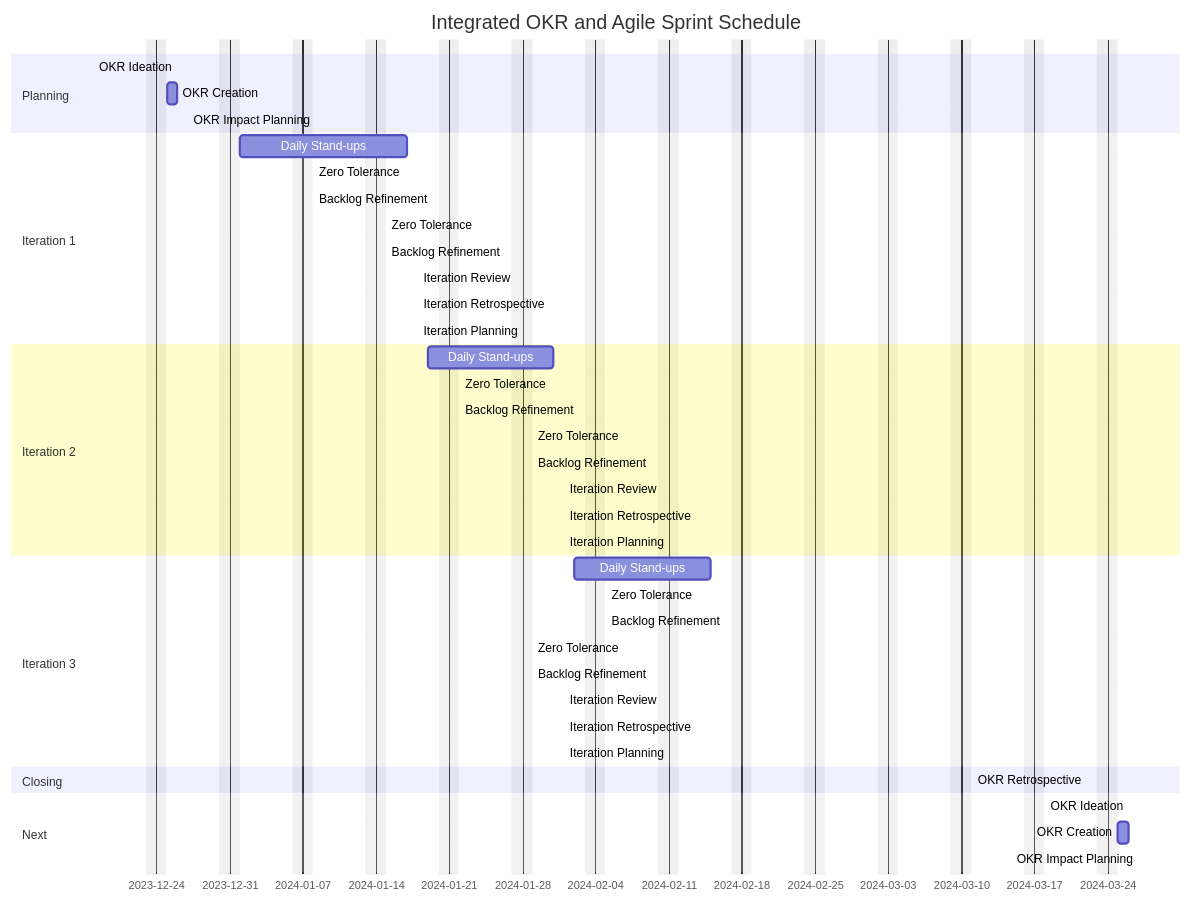
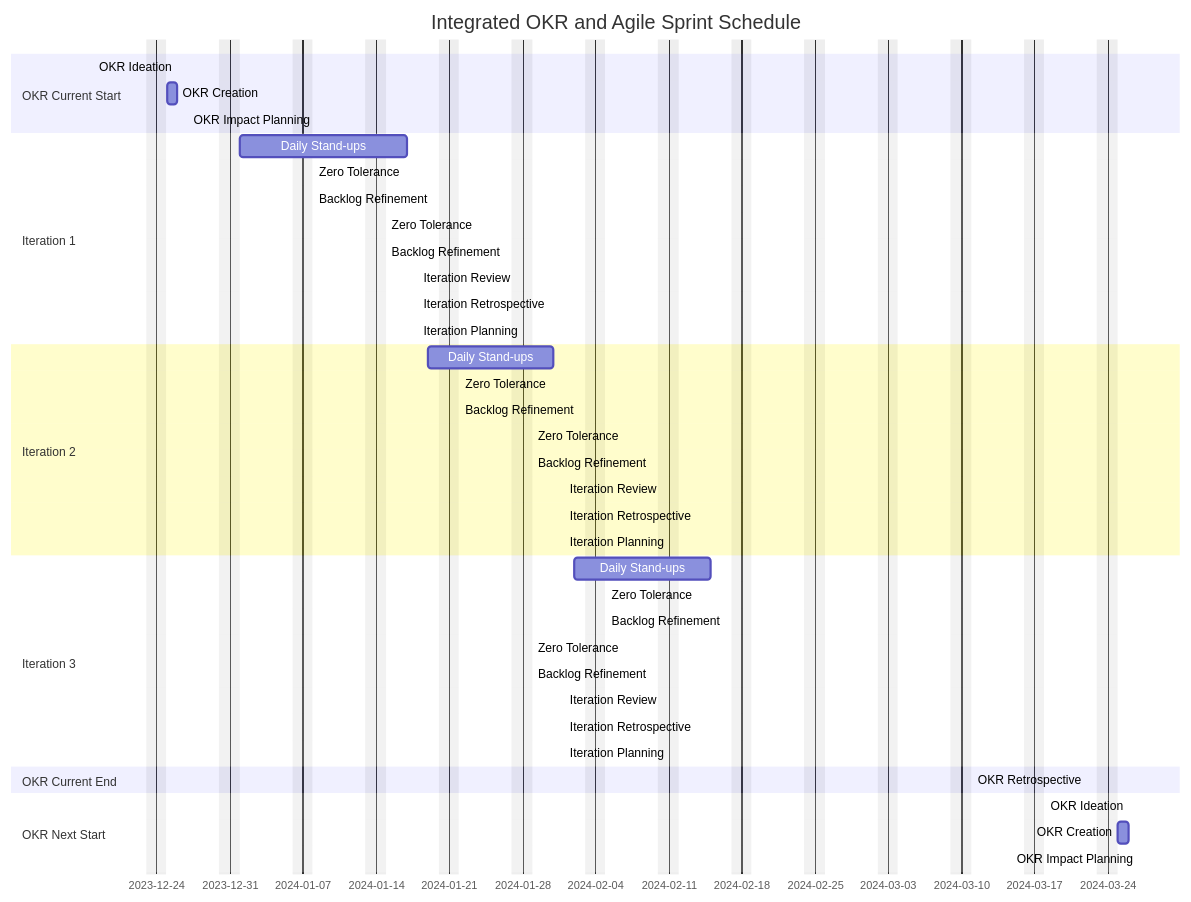
Before and after one commit to hungovercoders-blog/datagriff: the diagram in docs/_posts/2024-02-24-okr-agile-cycles/2024-02-24-okr-agile-cycles.md, drawn with Mermaid. The commit also changed other lines of this file, not shown here.

````diff
--- a/docs/_posts/2024-02-24-okr-agile-cycles/2024-02-24-okr-agile-cycles.md
+++ b/docs/_posts/2024-02-24-okr-agile-cycles/2024-02-24-okr-agile-cycles.md
@@ -71,49 +100,49 @@
 ```mermaid!
 gantt
 title Integrated OKR and Agile Sprint Schedule
 dateFormat  YYYY-MM-DD
 excludes weekends
 
-section Planning
+section OKR Current Start
 OKR Ideation: 2023-12-18, 2023-12-18
 OKR Creation: 2023-12-25, 2023-12-26
 OKR Impact Planning: 2023-12-27, 2023-12-27
 
 section Iteration 1
 Daily Stand-ups: 2024-01-01, 2024-01-17
 Zero Tolerance: 2024-01-08, 2024-01-08
 Backlog Refinement: 2024-01-08, 2024-01-08
 Zero Tolerance: 2024-01-15, 2024-01-15
 Backlog Refinement: 2024-01-15, 2024-01-15
 Iteration Review: 2024-01-18, 2024-01-18
 Iteration Retrospective: 2024-01-18, 2024-01-18
 Iteration Planning: 2024-01-18, 2024-01-18
 
 section Iteration 2
 Daily Stand-ups: 2024-01-19, 2024-01-31
 Zero Tolerance: 2024-01-22, 2024-01-22
 Backlog Refinement: 2024-01-22, 2024-01-22
 Zero Tolerance: 2024-01-29, 2024-01-29
 Backlog Refinement: 2024-01-29, 2024-01-29
 Iteration Review: 2024-02-01, 2024-02-01
 Iteration Retrospective: 2024-02-01, 2024-02-01
 Iteration Planning: 2024-02-01, 2024-02-01
 
 section Iteration 3
 Daily Stand-ups: 2024-02-02, 2024-02-15
 Zero Tolerance: 2024-02-05, 2024-02-05
 Backlog Refinement: 2024-02-05, 2024-02-05
 Zero Tolerance: 2024-01-29, 2024-01-29
 Backlog Refinement: 2024-01-29, 2024-01-29
 Iteration Review: 2024-02-01, 2024-02-01
 Iteration Retrospective: 2024-02-01, 2024-02-01
 Iteration Planning: 2024-02-01, 2024-02-01
 
-section Closing
+section OKR Current End
 OKR Retrospective: 2024-03-22, 2024-03-22
 
-section Next
+section OKR Next Start
 OKR Ideation: 2024-03-18, 2024-03-18
 OKR Creation: 2024-03-25, 2024-03-26
 OKR Impact Planning: 2024-03-27, 2024-03-27
 ```
````
